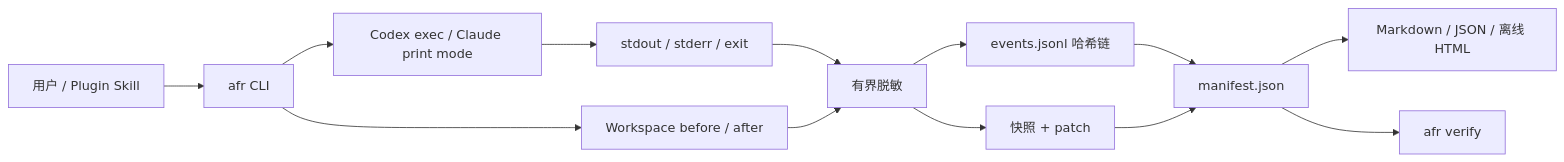
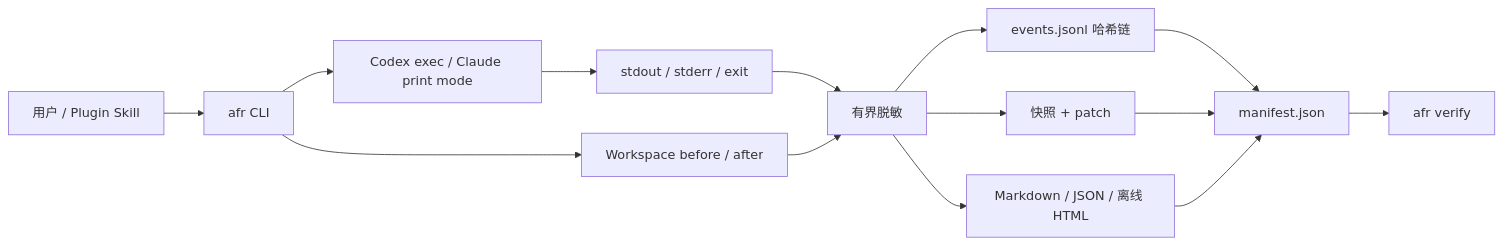
Before and after one commit to liao96312/agent-flight-recorder: the diagram in README.zh-CN.md, drawn with Mermaid. The commit also changed other lines of this file and 18 other files, not shown here.

````diff
--- a/README.zh-CN.md
+++ b/README.zh-CN.md
@@ -39,15 +40,16 @@
 ```mermaid
 flowchart LR
   User["用户 / Plugin Skill"] --> CLI["afr CLI"]
   CLI --> Agent["Codex exec / Claude print mode"]
   Agent --> Output["stdout / stderr / exit"]
   CLI --> Workspace["Workspace before / after"]
   Output --> Redact["有界脱敏"]
   Workspace --> Redact
   Redact --> Events["events.jsonl 哈希链"]
   Redact --> Artifacts["快照 + patch"]
+  Redact --> Reports["Markdown / JSON / 离线 HTML"]
   Events --> Manifest["manifest.json"]
   Artifacts --> Manifest
-  Manifest --> Reports["Markdown / JSON / 离线 HTML"]
+  Reports --> Manifest
   Manifest --> Verify["afr verify"]
 ```
````
